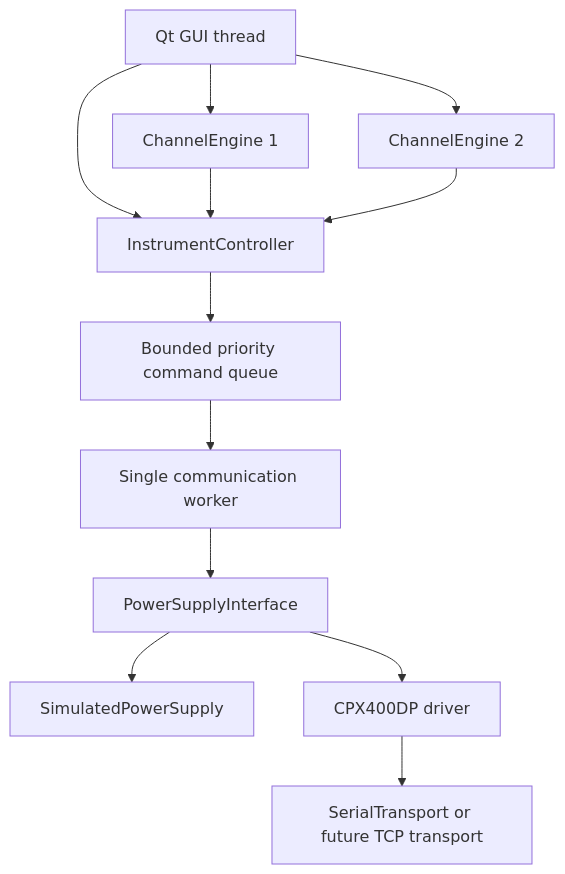
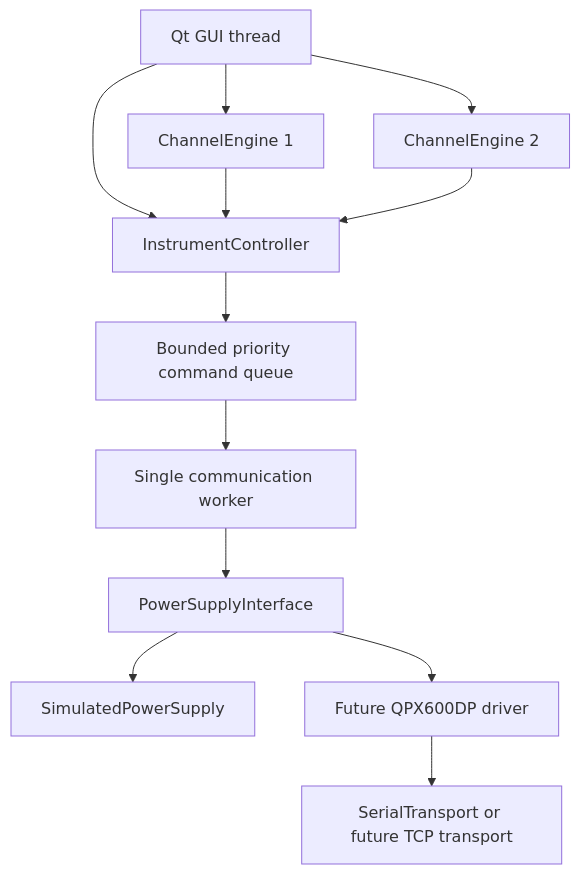
One commit to luna1234-crypto/qpx600dp-electrolyser-control changed the diagram in docs/architecture.md. Above: the diagram before and after it, drawn with Mermaid. The commit also changed other lines of this file and 55 other files, not shown here.

````diff
--- a/docs/architecture.md
+++ b/docs/architecture.md
@@ -12,14 +12,14 @@
 ```mermaid
 flowchart TD
     GUI["Qt GUI thread"] --> E1["ChannelEngine 1"]
     GUI --> E2["ChannelEngine 2"]
     GUI --> IC["InstrumentController"]
     E1 --> IC
     E2 --> IC
     IC --> Q["Bounded priority command queue"]
     Q --> W["Single communication worker"]
     W --> API["PowerSupplyInterface"]
     API --> SIM["SimulatedPowerSupply"]
-    API --> CPX["CPX400DP driver"]
-    CPX --> T["SerialTransport or future TCP transport"]
+    API --> QPX["Future QPX600DP driver"]
+    QPX --> T["SerialTransport or future TCP transport"]
 ```
````
